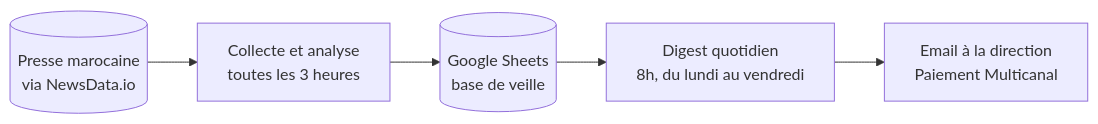
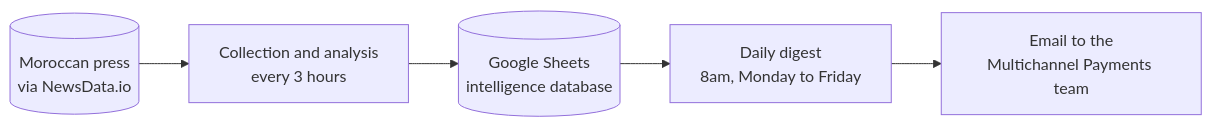
One commit to soumailaniampa11/Payment-watch changed the first of 3 diagrams in README.md. Above: the diagram before and after it, drawn with Mermaid. The commit also changed other lines of this file, not shown here.

````diff
--- a/README.md
+++ b/README.md
@@ -22,10 +22,10 @@
 ```mermaid
 flowchart LR
-    NEWS[("Presse marocaine<br/>via NewsData.io")]
-    A["Collecte et analyse<br/>toutes les 3 heures"]
-    SHEET[("Google Sheets<br/>base de veille")]
-    D["Digest quotidien<br/>8h, du lundi au vendredi"]
-    MAIL["Email à la direction<br/>Paiement Multicanal"]
+    NEWS[("Moroccan press<br/>via NewsData.io")]
+    A["Collection and analysis<br/>every 3 hours"]
+    SHEET[("Google Sheets<br/>intelligence database")]
+    D["Daily digest<br/>8am, Monday to Friday"]
+    MAIL["Email to the<br/>Multichannel Payments team"]
 
     NEWS --> A --> SHEET --> D --> MAIL
 ```
````
